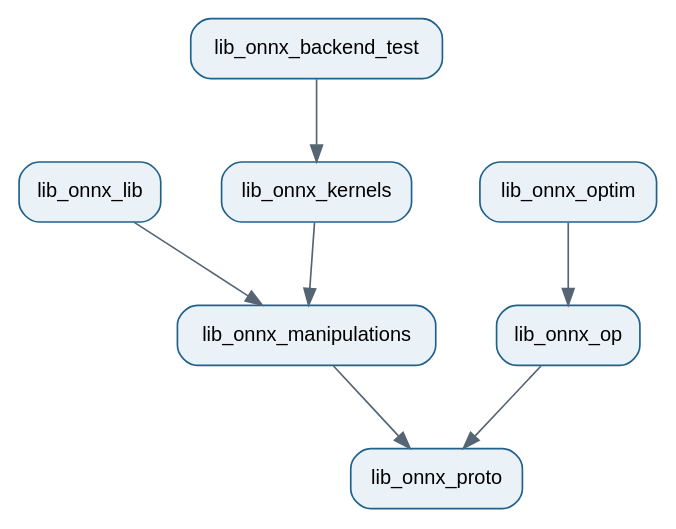
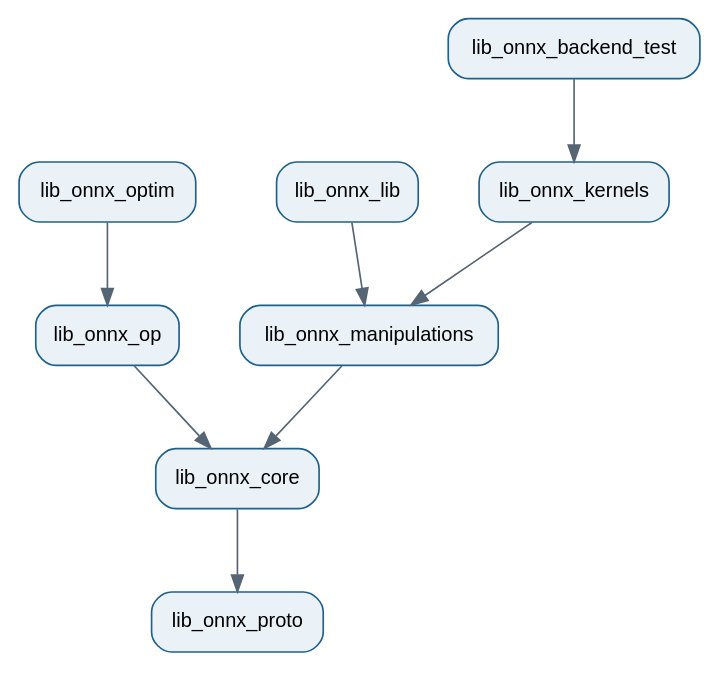
The diagram in docs/design/_static/library_split.dot (xadupre/onnx-light), drawn with Graphviz before and after one commit. The commit also changed 4 other files, not shown here.

First line of the commit message:
feat: create intermediate library onnx_core

```diff
--- a/docs/design/_static/library_split.dot
+++ b/docs/design/_static/library_split.dot
@@ -1,14 +1,15 @@
 digraph library_split {
     rankdir=TB;
     nodesep=0.5;
     ranksep=0.7;
     node [shape=box, style="rounded,filled", fillcolor="#EAF2F8", fontname="Helvetica", fontsize=12, color="#1F618D"];
     edge [fontname="Helvetica", fontsize=10, color="#566573"];
 
-    lib_onnx_op -> lib_onnx_proto;
+    lib_onnx_core -> lib_onnx_proto;
+    lib_onnx_op -> lib_onnx_core;
     lib_onnx_optim -> lib_onnx_op;
-    lib_onnx_manipulations -> lib_onnx_proto;
+    lib_onnx_manipulations -> lib_onnx_core;
     lib_onnx_lib -> lib_onnx_manipulations;
     lib_onnx_kernels -> lib_onnx_manipulations;
     lib_onnx_backend_test -> lib_onnx_kernels;
 }
```
